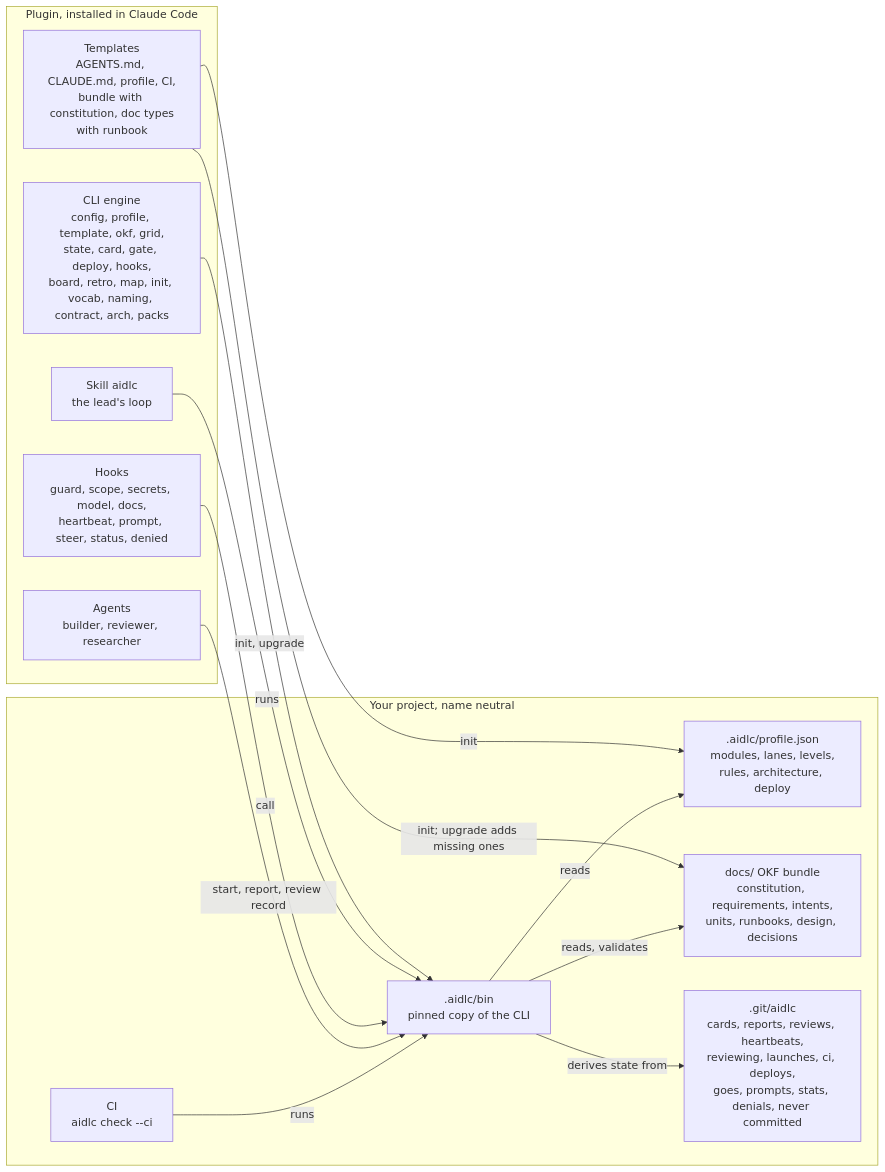
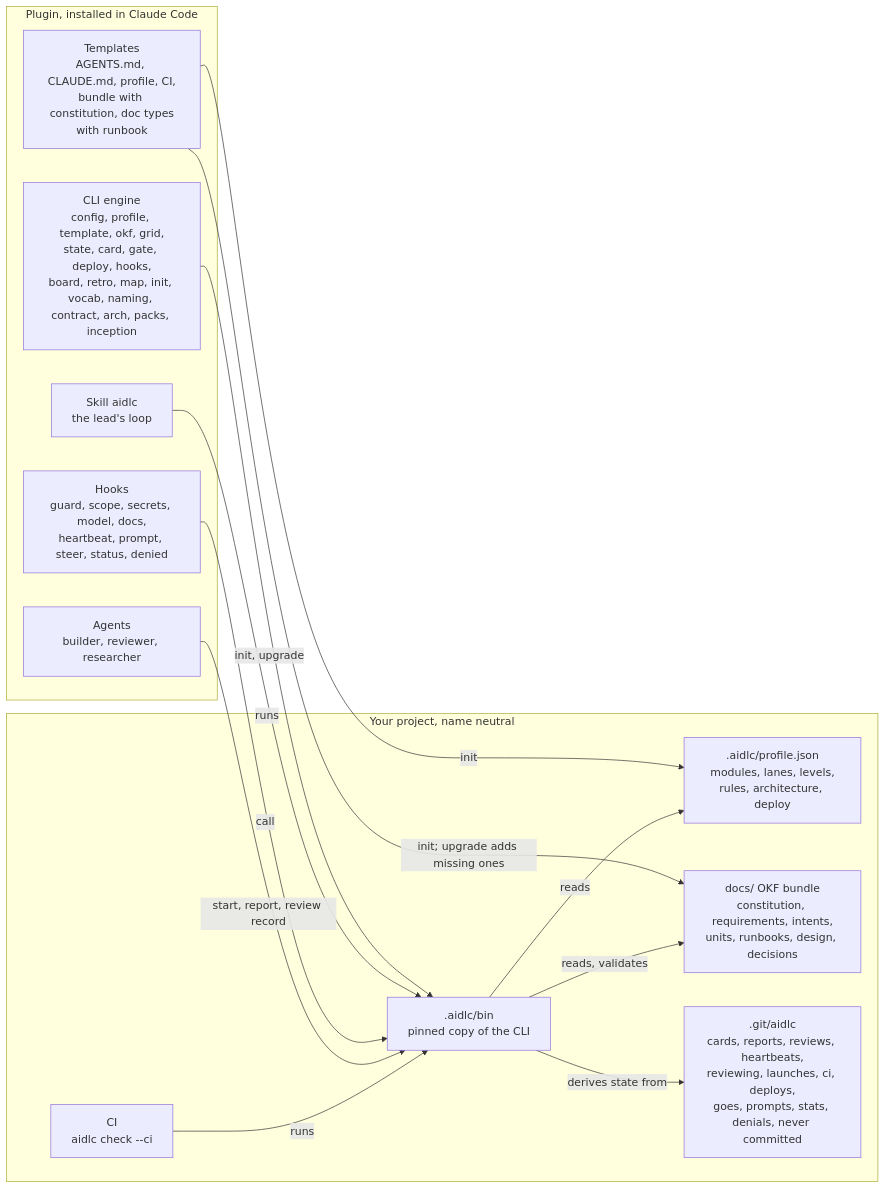
Before and after one commit to Scrollout/aidlc-team-plugin: the second of 2 diagrams in README.md, drawn with Mermaid. The commit also changed 19 other files, not shown here.

````diff
--- a/README.md
+++ b/README.md
@@ -77,29 +77,29 @@
 ```mermaid
 flowchart LR
   subgraph plugin["Plugin, installed in Claude Code"]
     skill["Skill aidlc<br/>the lead's loop"]
     agents["Agents<br/>builder, reviewer, researcher"]
     hooks["Hooks<br/>guard, scope, secrets, model, docs,<br/>heartbeat, prompt, steer, status, denied"]
-    cli["CLI engine<br/>config, profile, template, okf, grid,<br/>state, card, gate, deploy, hooks,<br/>board, retro, map, init, vocab, naming, contract, arch, packs"]
+    cli["CLI engine<br/>config, profile, template, okf, grid,<br/>state, card, gate, deploy, hooks,<br/>board, retro, map, init, vocab, naming, contract, arch, packs, inception"]
     templates["Templates<br/>AGENTS.md, CLAUDE.md, profile, CI,<br/>bundle with constitution, doc types<br/>with runbook"]
   end
 
   subgraph project["Your project, name neutral"]
     profile[".aidlc/profile.json<br/>modules, lanes, levels,<br/>rules, architecture, deploy"]
     bin[".aidlc/bin<br/>pinned copy of the CLI"]
     docs["docs/ OKF bundle<br/>constitution, requirements, intents,<br/>units, runbooks, design, decisions"]
     runtime[".git/aidlc<br/>cards, reports, reviews, heartbeats,<br/>reviewing, launches, ci, deploys,<br/>goes, prompts, stats, denials, never committed"]
     ci["CI<br/>aidlc check --ci"]
   end
 
   templates -- "init" --> profile
   templates -- "init; upgrade adds missing ones" --> docs
   cli -- "init, upgrade" --> bin
   skill -- "runs" --> bin
   hooks -- "call" --> bin
   agents -- "start, report, review record" --> bin
   ci -- "runs" --> bin
   bin -- "reads, validates" --> docs
   bin -- "reads" --> profile
   bin -- "derives state from" --> runtime
 ```
````
